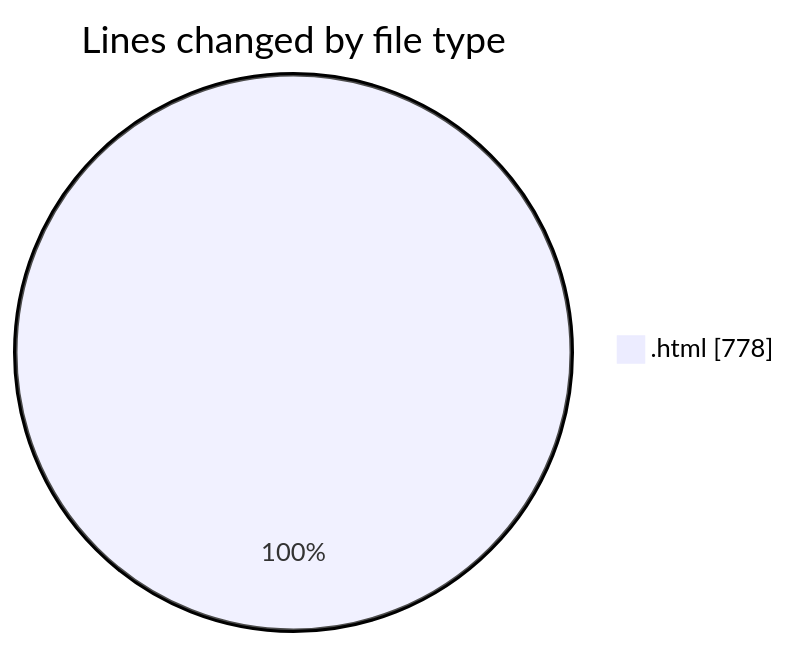
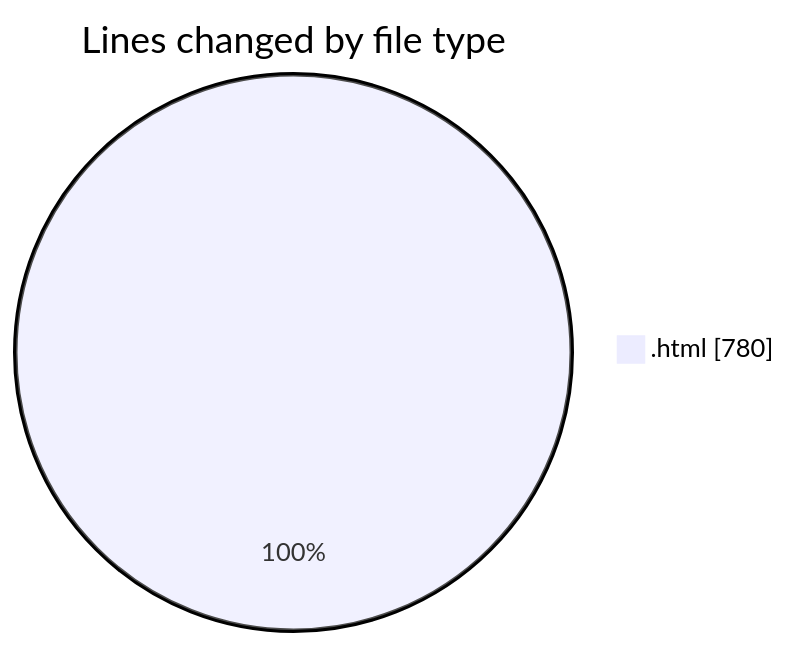
Before and after one commit to vahidmafi/code-tracking: the first of 2 diagrams in 2025-06-07/www/README.md, drawn with Mermaid. The commit also changed other lines of this file and 1 other file, not shown here.

````diff
--- a/2025-06-07/www/README.md
+++ b/2025-06-07/www/README.md
@@ -21,5 +21,5 @@
 ```mermaid
 pie showData
 title Lines changed by file type
-".html" : 778
+".html" : 780
 ```
````
